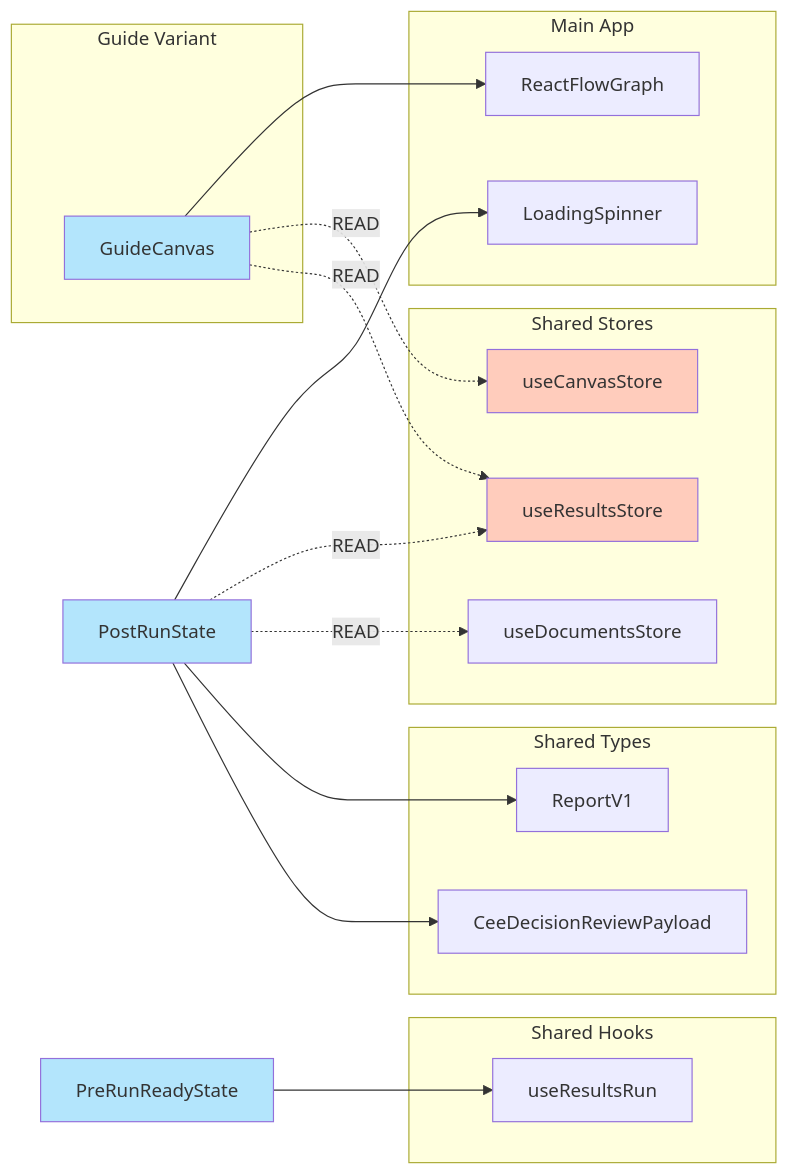
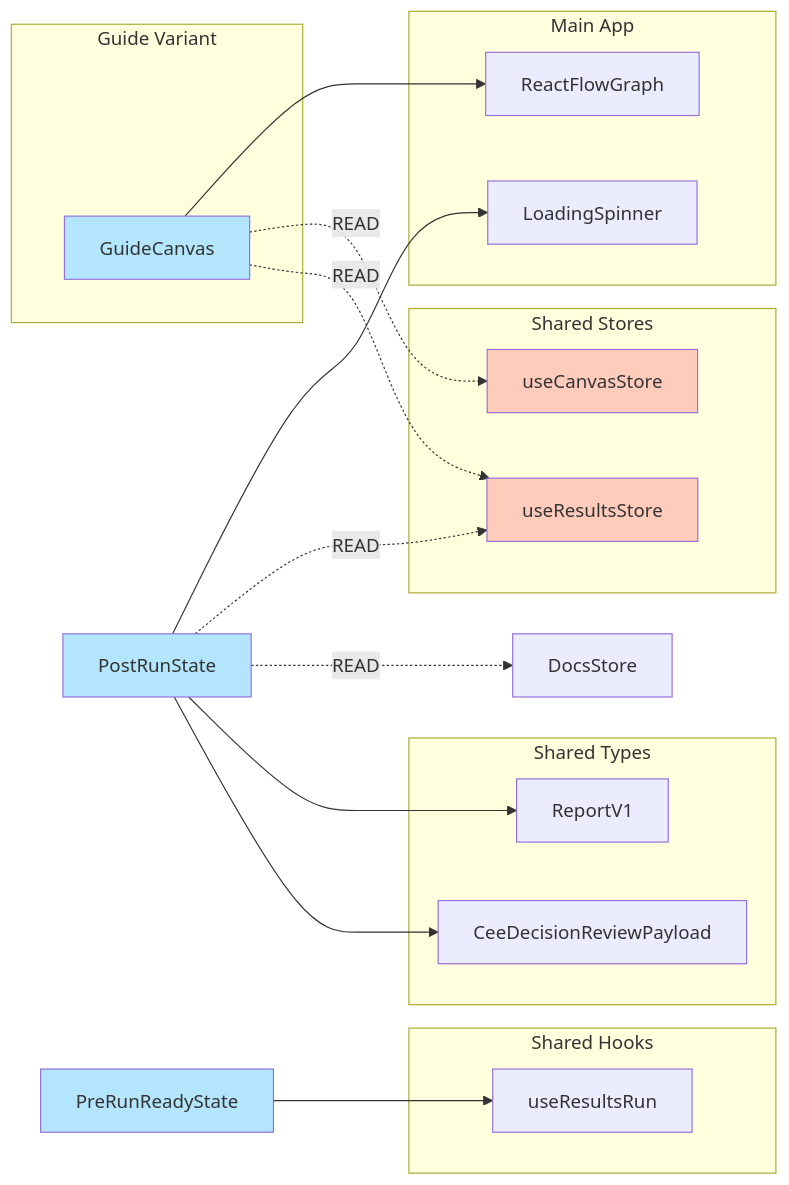
The ninth of 11 diagrams in src/pages/sandbox-guide/ARCHITECTURE.md (Talchain/DecisionGuideAI), drawn with Mermaid before and after one commit. The commit also changed 1 other file, not shown here.

Commit message:
docs: remove stale useDocumentsStore references from sandbox-guide docs
ARCHITECTURE.md Mermaid diagram and STATUS.md store list both referenced
useDocumentsStore which was deleted in the previous commit. Removed the
references. Documents state lives in useCanvasStore.

````diff
--- a/src/pages/sandbox-guide/ARCHITECTURE.md
+++ b/src/pages/sandbox-guide/ARCHITECTURE.md
@@ -467,45 +467,44 @@
 ```mermaid
 graph LR
     subgraph "Guide Variant"
         Canvas[GuideCanvas]
     end
 
     subgraph "Main App"
         RFG[ReactFlowGraph]
         LoadingSpin[LoadingSpinner]
     end
 
     subgraph "Shared Stores"
         CanvasStore[useCanvasStore]
         ResultsStore[useResultsStore]
-        DocsStore[useDocumentsStore]
     end
 
     subgraph "Shared Hooks"
         ResultsRun[useResultsRun]
     end
 
     subgraph "Shared Types"
         ReportV1[ReportV1]
         CEEPayload[CeeDecisionReviewPayload]
     end
 
     Canvas --> RFG
     Canvas -.READ.-> CanvasStore
     Canvas -.READ.-> ResultsStore
 
     PostRun[PostRunState] --> LoadingSpin
     PostRun -.READ.-> ResultsStore
     PostRun -.READ.-> DocsStore
 
     PreReady[PreRunReadyState] --> ResultsRun
 
     PostRun --> ReportV1
     PostRun --> CEEPayload
 
     style Canvas fill:#b3e5fc
     style PostRun fill:#b3e5fc
     style PreReady fill:#b3e5fc
     style CanvasStore fill:#ffccbc
     style ResultsStore fill:#ffccbc
 ```
````
